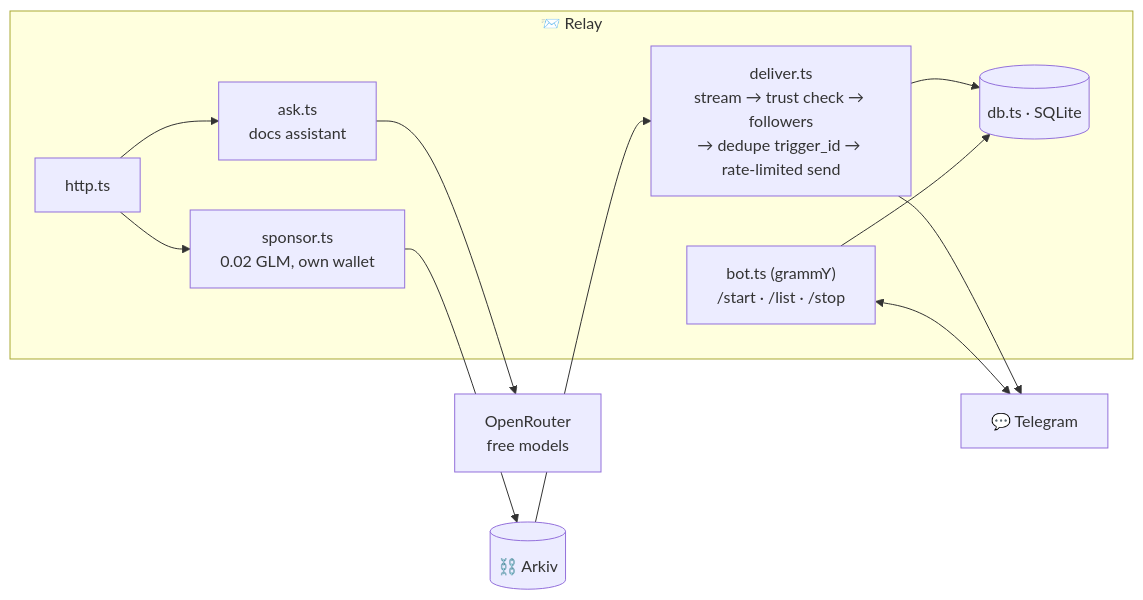
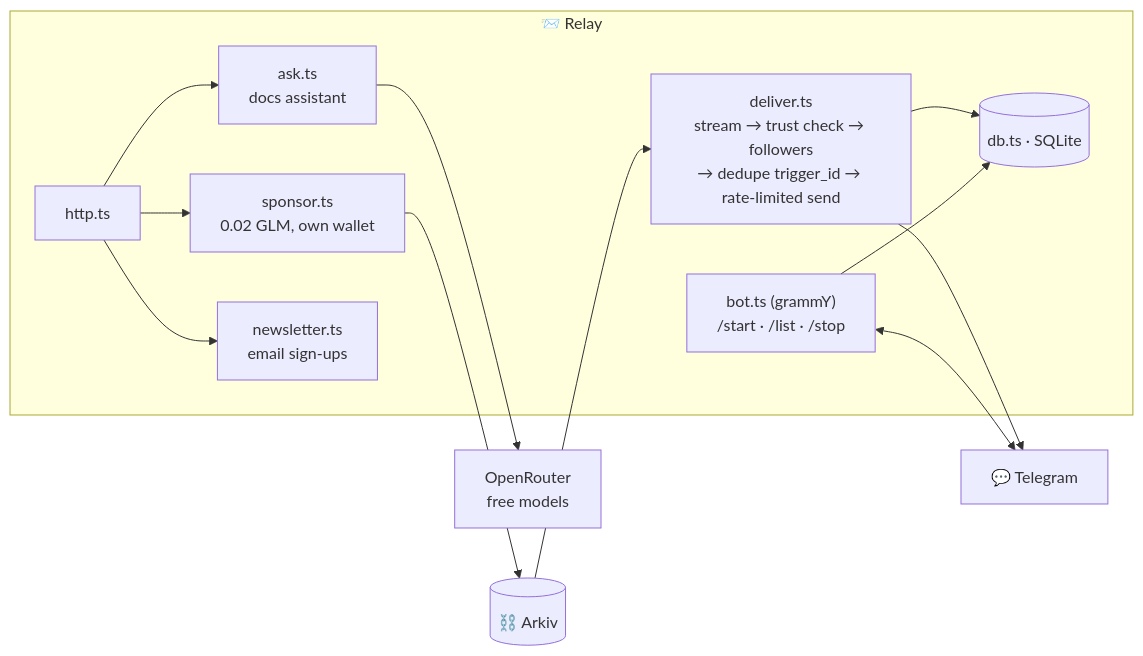
Before and after one commit to VanshChitransh/Prometheus: diagram 12 of 14 in README.md, drawn with Mermaid. The commit also changed other lines of this file and 15 other files, not shown here.

````diff
--- a/README.md
+++ b/README.md
@@ -725,20 +725,22 @@
 ```mermaid
 flowchart LR
     subgraph Relay["📨 Relay"]
         DEL["deliver.ts<br/>stream → trust check → followers<br/>→ dedupe trigger_id → rate-limited send"]
         BOT["bot.ts (grammY)<br/>/start · /list · /stop"]
         HTTP["http.ts"]
         SP["sponsor.ts<br/>0.02 GLM, own wallet"]
         ASK["ask.ts<br/>docs assistant"]
+        NL["newsletter.ts<br/>email sign-ups"]
         DB[("db.ts · SQLite")]
     end
     ARK[("⛓️ Arkiv")] --> DEL
     DEL --> DB
     BOT --> DB
     DEL --> TG["💬 Telegram"]
     BOT <--> TG
     HTTP --> SP
     HTTP --> ASK
+    HTTP --> NL
     ASK --> OR["OpenRouter<br/>free models"]
     SP --> ARK
 ```
````
